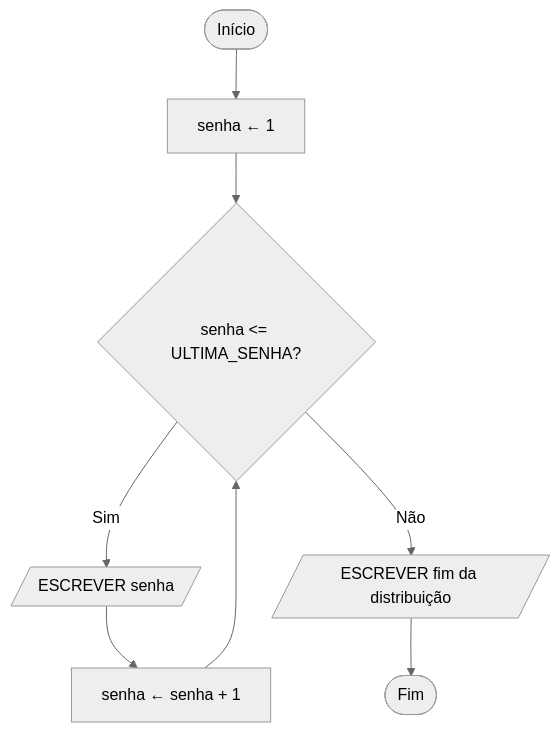
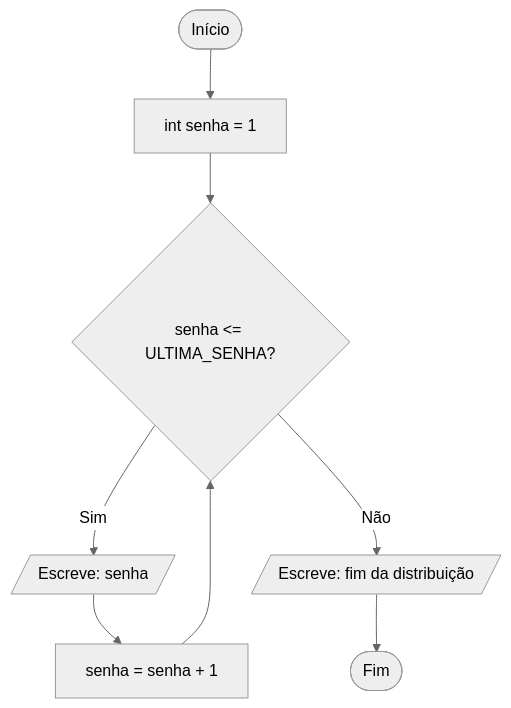
One commit to NunoMACastro/epms-2627-1ig-lp changed the first of 4 diagrams in 01-algoritmos/04-repeticao-e-padroes.md. Above: the diagram before and after it, drawn with Mermaid (neutral theme). The commit also changed other lines of this file and 10 other files, not shown here.

````diff
--- a/01-algoritmos/04-repeticao-e-padroes.md
+++ b/01-algoritmos/04-repeticao-e-padroes.md
@@ -240,10 +283,10 @@
 ```mermaid
 flowchart TD
-    A([Início]) --> B["senha ← 1"]
+    A([Início]) --> B["int senha = 1"]
     B --> C{"senha <= ULTIMA_SENHA?"}
-    C -->|Sim| D[/ESCREVER senha/]
-    D --> E["senha ← senha + 1"]
+    C -->|Sim| D[/"Escreve: senha"/]
+    D --> E["senha = senha + 1"]
     E --> C
-    C -->|Não| F[/ESCREVER fim da distribuição/]
+    C -->|Não| F[/"Escreve: fim da distribuição"/]
     F --> Z([Fim])
 ```
````
